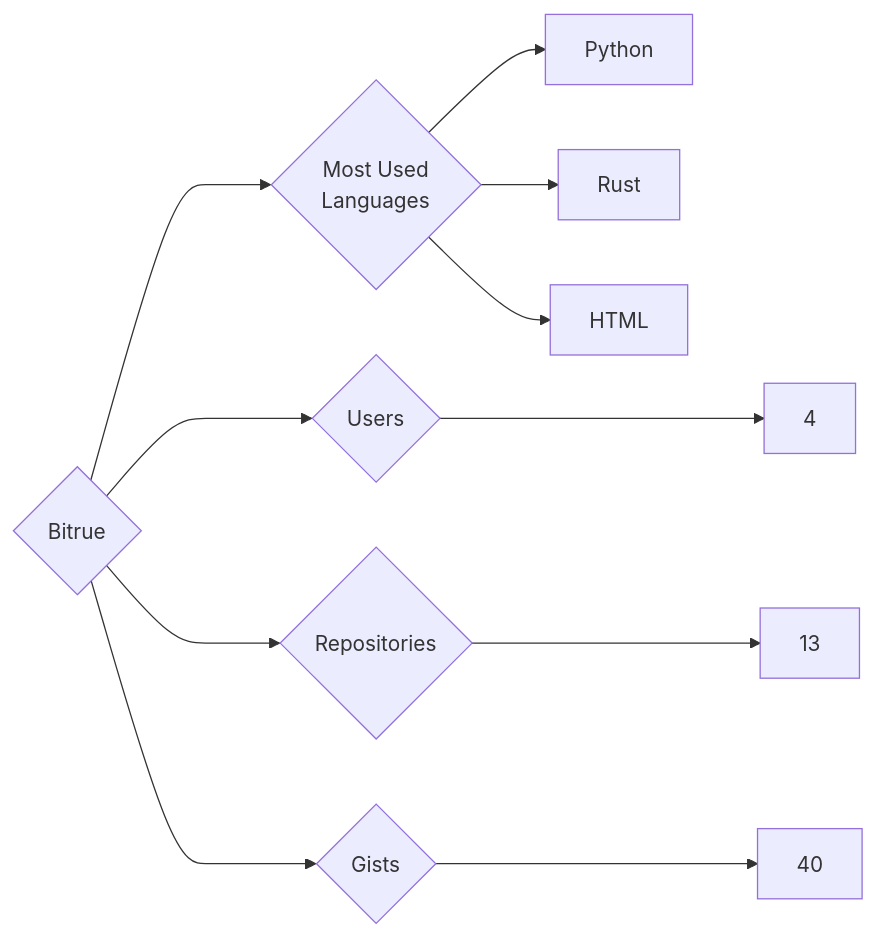
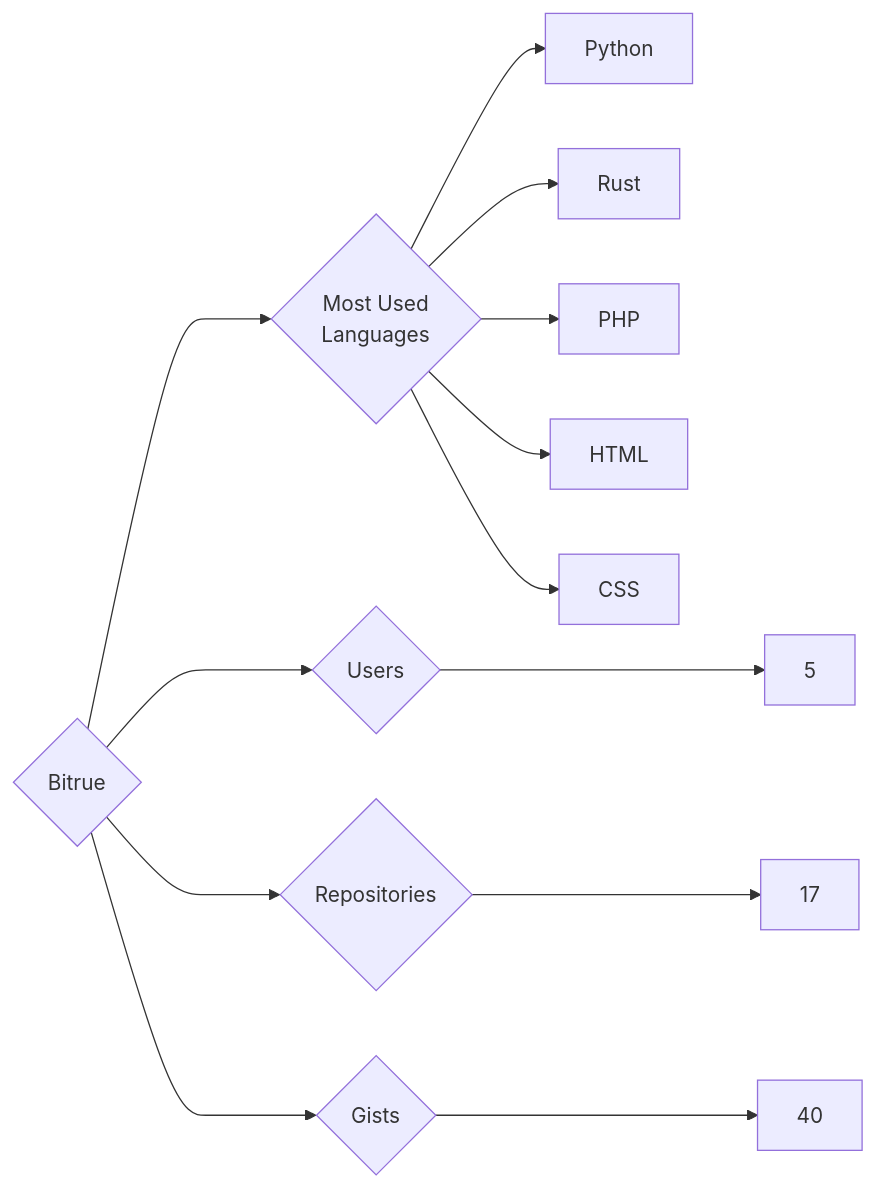
The diagram in targets/Bitrue/README.md (trickest/insiders), drawn with Mermaid before and after one commit. The commit also changed 1120 other files, not shown here.

````diff
--- a/targets/Bitrue/README.md
+++ b/targets/Bitrue/README.md
@@ -3,11 +3,13 @@
 ```mermaid
 graph LR
 COMPANY_NAME{Bitrue}
-COMPANY_NAME ---> U{Users} ---> UN[4]
-COMPANY_NAME ---> R{Repositories} ---> RN[13]
+COMPANY_NAME ---> U{Users} ---> UN[5]
+COMPANY_NAME ---> R{Repositories} ---> RN[17]
 COMPANY_NAME ---> G{Gists} ---> GN[40]
 COMPANY_NAME ---> ML{Most Used<br>Languages}
 ML --> Python[Python]
 ML --> Rust[Rust]
+ML --> PHP[PHP]
 ML --> HTML[HTML]
+ML --> CSS[CSS]
 ```
````
